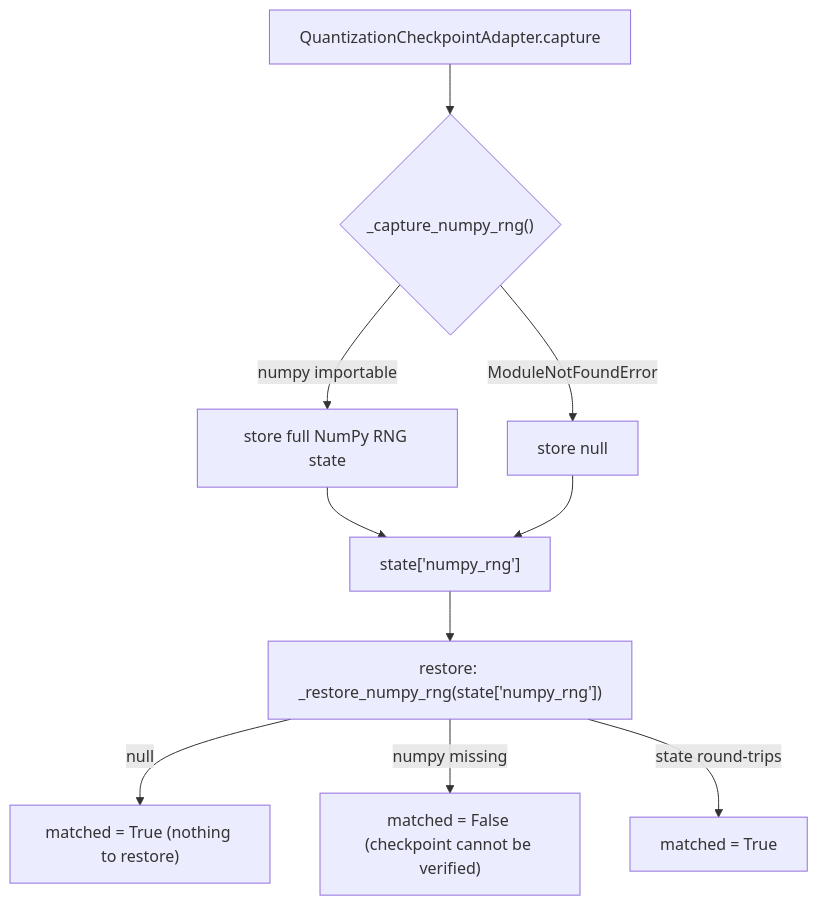
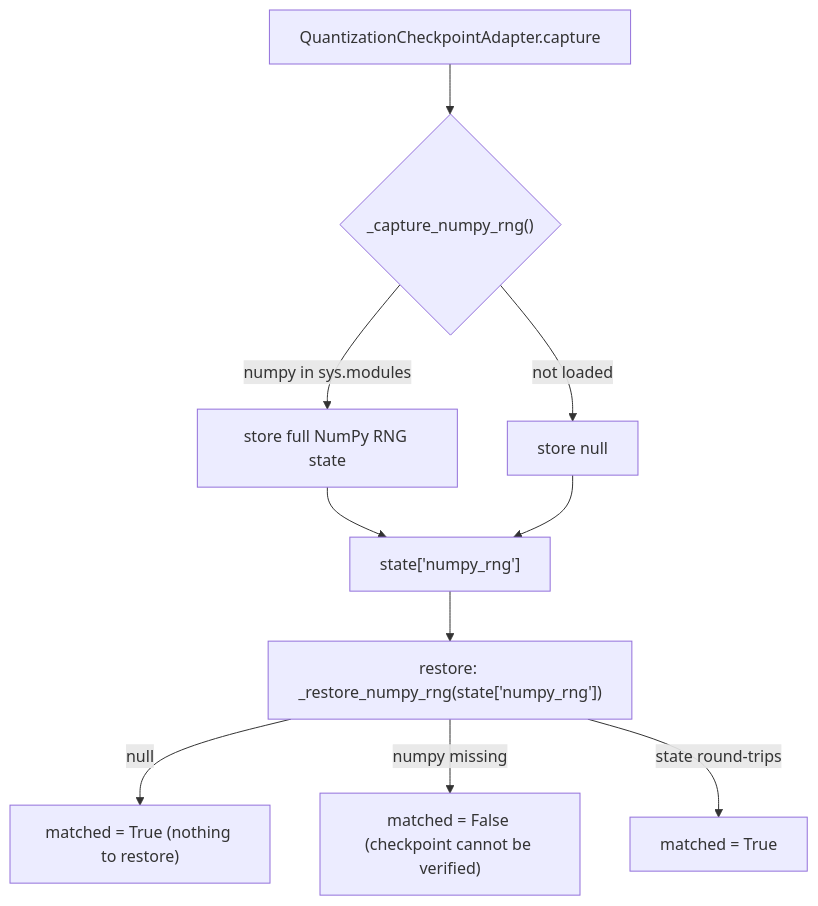
One commit to ModelCloud/GPTQModel changed the second of 2 diagrams in docs/numpy-free-core.md. Above: the diagram before and after it, drawn with Mermaid. The commit also changed other lines of this file and 5 other files, not shown here.

````diff
--- a/docs/numpy-free-core.md
+++ b/docs/numpy-free-core.md
@@ -48,12 +48,12 @@
 ```mermaid
 flowchart TD
     S["QuantizationCheckpointAdapter.capture"] --> P{"_capture_numpy_rng()"}
-    P -->|"numpy importable"| Q["store full NumPy RNG state"]
-    P -->|"ModuleNotFoundError"| R["store null"]
+    P -->|"numpy in sys.modules"| Q["store full NumPy RNG state"]
+    P -->|"not loaded"| R["store null"]
     Q --> T["state['numpy_rng']"]
     R --> T
     T --> U["restore: _restore_numpy_rng(state['numpy_rng'])"]
     U -->|"null"| V["matched = True (nothing to restore)"]
     U -->|"numpy missing"| W["matched = False (checkpoint cannot be verified)"]
     U -->|"state round-trips"| X["matched = True"]
 ```
````
